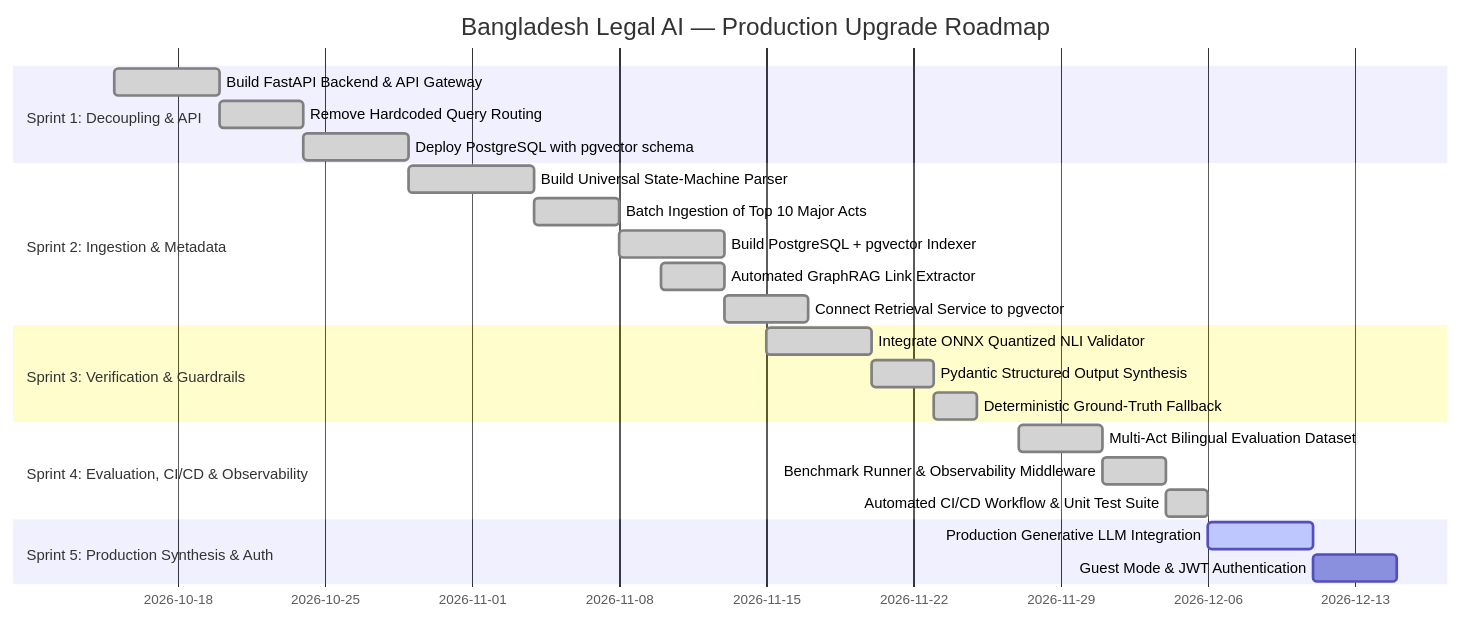
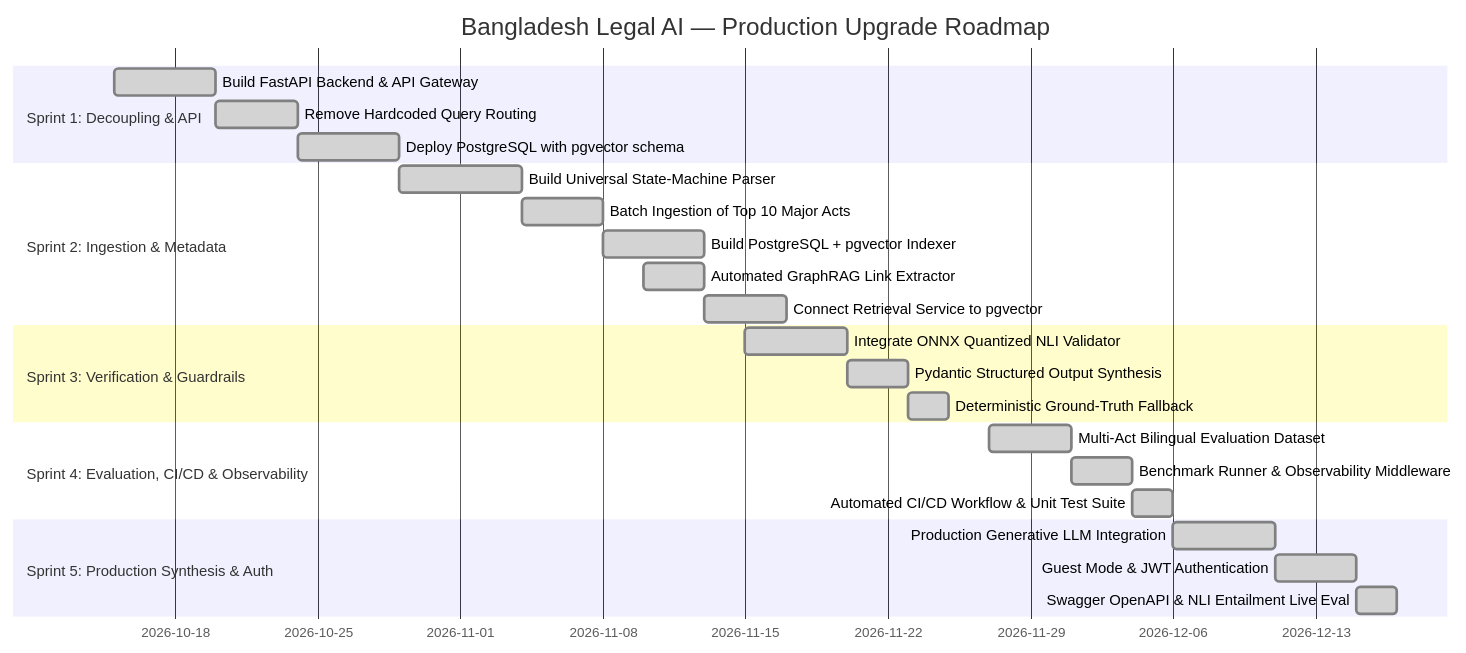
The third of 3 diagrams in docs/PRODUCTION_ARCHITECTURE_AND_ROADMAP.md (bringerofdarkness/bd-legal-ai), drawn with Mermaid before and after one commit. The commit also changed other lines of this file and 10 other files, not shown here.

Commit message:
feat(synthesis): integrate Gemini 2.5 Flash synthesis and JWT guest mode authentication (Sprint 5)

````diff
--- a/docs/PRODUCTION_ARCHITECTURE_AND_ROADMAP.md
+++ b/docs/PRODUCTION_ARCHITECTURE_AND_ROADMAP.md
@@ -394,26 +394,27 @@
 ```mermaid
 gantt
     title Bangladesh Legal AI — Production Upgrade Roadmap
     dateFormat  YYYY-MM-DD
     section Sprint 1: Decoupling & API
     Build FastAPI Backend & API Gateway       :done, s1_1, 2026-10-15, 5d
     Remove Hardcoded Query Routing            :done, s1_2, 2026-10-20, 4d
     Deploy PostgreSQL with pgvector schema    :done, s1_3, 2026-10-24, 5d
     section Sprint 2: Ingestion & Metadata
     Build Universal State-Machine Parser      :done, s2_1, 2026-10-29, 6d
     Batch Ingestion of Top 10 Major Acts      :done, s2_2, 2026-11-04, 4d
     Build PostgreSQL + pgvector Indexer       :done, s2_3, 2026-11-08, 5d
     Automated GraphRAG Link Extractor         :done, s2_4, 2026-11-10, 3d
     Connect Retrieval Service to pgvector     :done, s2_5, 2026-11-13, 4d
     section Sprint 3: Verification & Guardrails
     Integrate ONNX Quantized NLI Validator    :done, s3_1, 2026-11-15, 5d
     Pydantic Structured Output Synthesis      :done, s3_2, 2026-11-20, 3d
     Deterministic Ground-Truth Fallback       :done, s3_3, 2026-11-23, 2d
     section Sprint 4: Evaluation, CI/CD & Observability
     Multi-Act Bilingual Evaluation Dataset    :done, s4_1, 2026-11-27, 4d
     Benchmark Runner & Observability Middleware:done, s4_2, 2026-12-01, 3d
     Automated CI/CD Workflow & Unit Test Suite :done, s4_3, 2026-12-04, 2d
     section Sprint 5: Production Synthesis & Auth
-    Production Generative LLM Integration     :active, s5_1, 2026-12-06, 5d
-    Guest Mode & JWT Authentication           :s5_2, 2026-12-11, 4d
+    Production Generative LLM Integration     :done, s5_1, 2026-12-06, 5d
+    Guest Mode & JWT Authentication           :done, s5_2, 2026-12-11, 4d
+    Swagger OpenAPI & NLI Entailment Live Eval:done, s5_3, 2026-12-15, 2d
 ```
````
